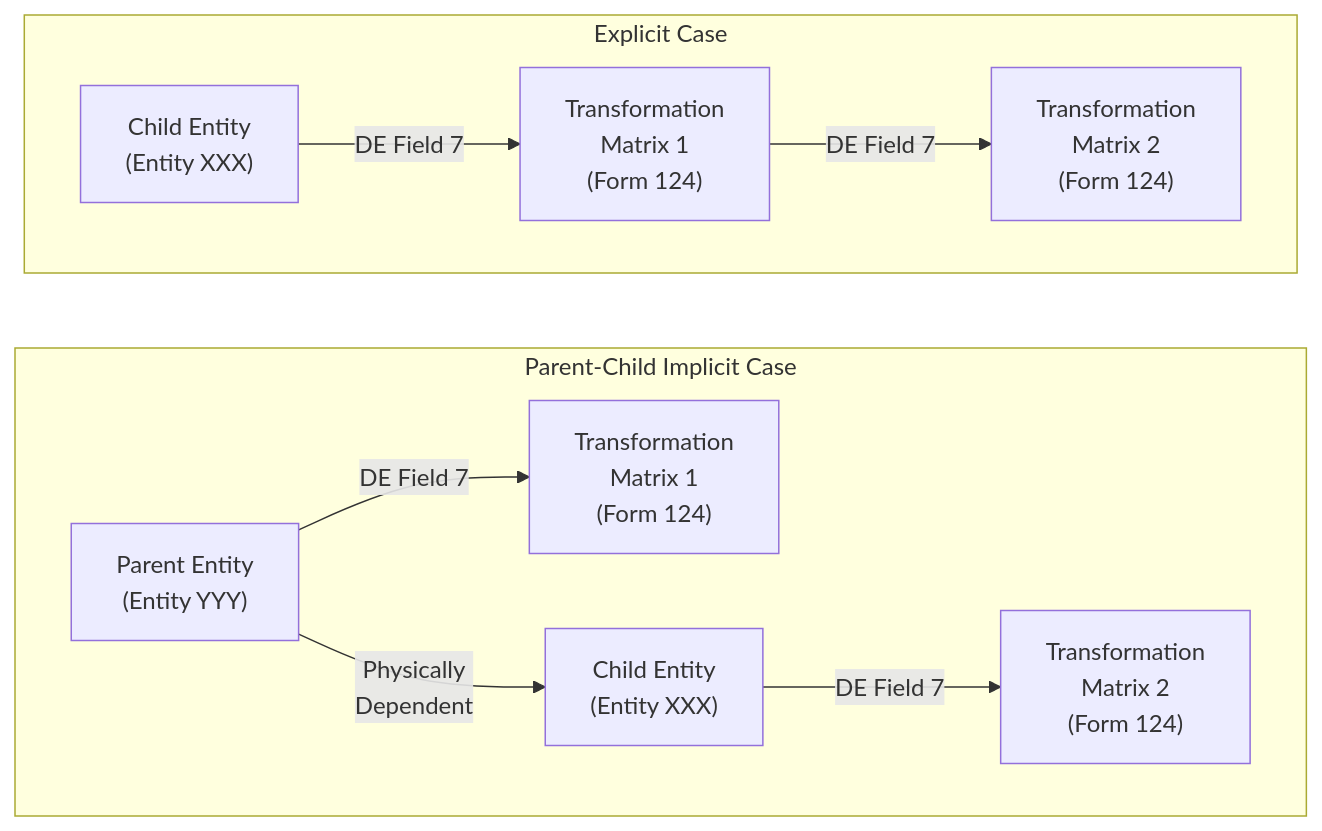
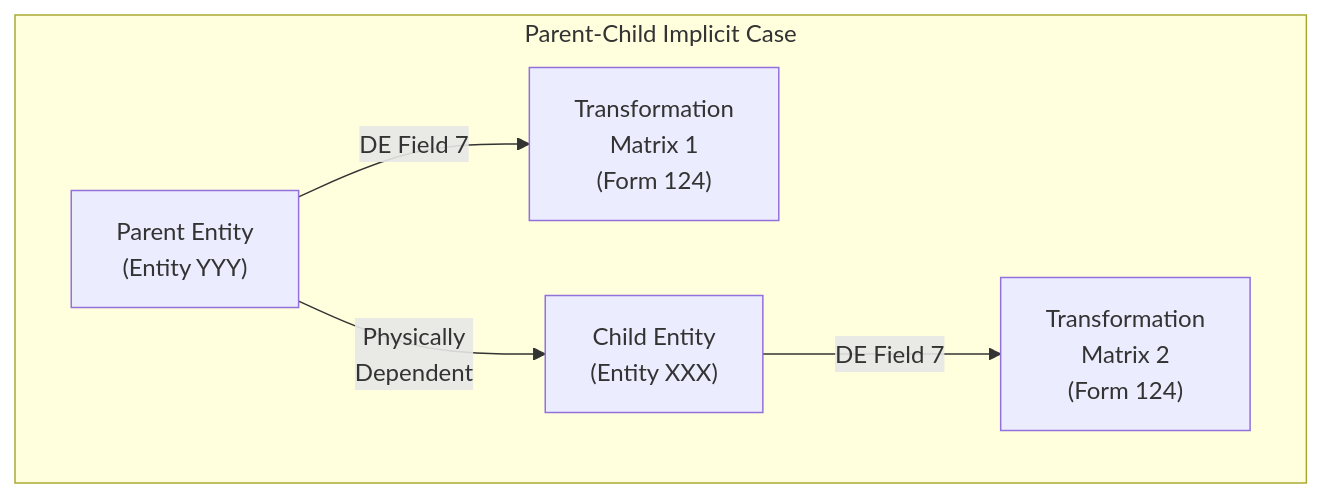
One commit to YayoiHabami/IGESio changed the second of 2 diagrams in docs/policy_ja.md. Above: the diagram before and after it, drawn with Mermaid. The commit also changed other lines of this file and 6 other files, not shown here.

````diff
--- a/docs/policy_ja.md
+++ b/docs/policy_ja.md
@@ -142,14 +157,8 @@
 ```mermaid
 flowchart TD
-    subgraph Case1["Explicit Case"]
-        direction LR
-        C1["Child Entity<br>(Entity XXX)"] -->|DE Field 7| M1["Transformation<br>Matrix 1<br>(Form 124)"] -->|DE Field 7| M2["Transformation<br>Matrix 2<br>(Form 124)"]
-    end
     subgraph Case2["Parent-Child Implicit Case"]
         direction LR
         P1["Parent Entity<br>(Entity YYY)"] -->|DE Field 7| M3["Transformation<br>Matrix 1<br>(Form 124)"]
         P1 -->|Physically<br>Dependent| C2["Child Entity<br>(Entity XXX)"] -->|DE Field 7| M4["Transformation<br>Matrix 2<br>(Form 124)"]
     end
-
-Case1 ~~~ Case2
 ```
````
